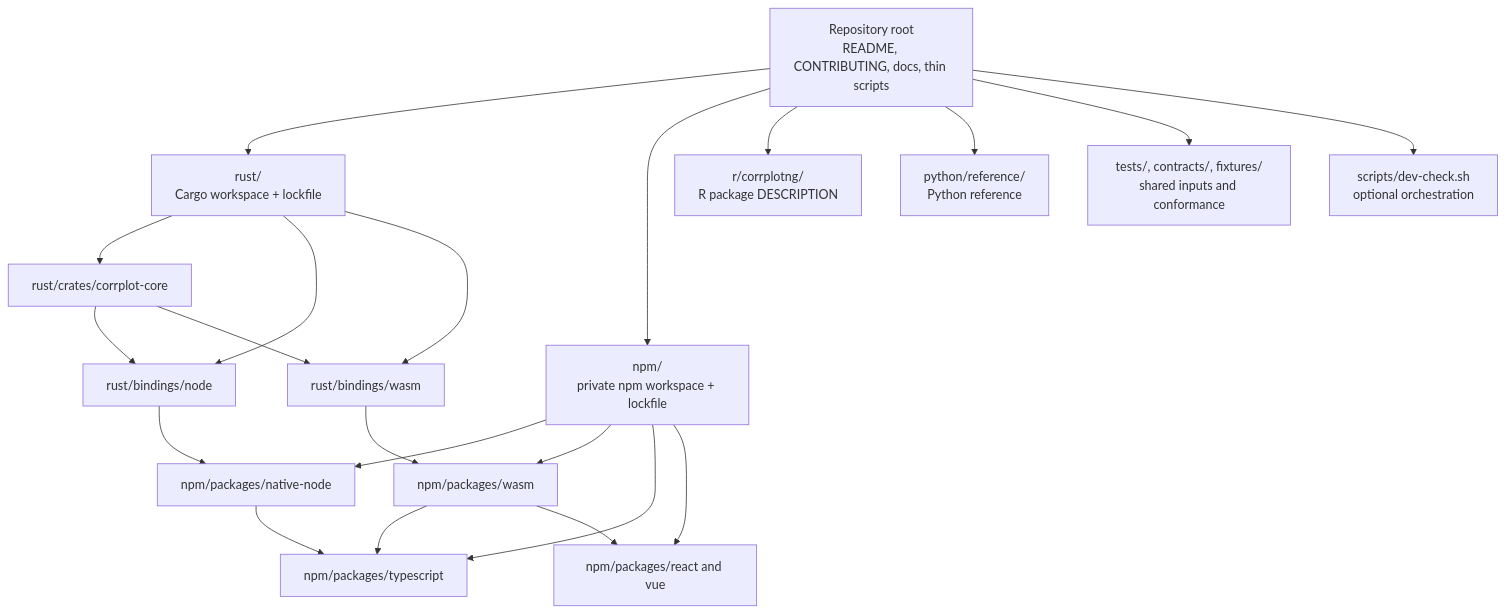
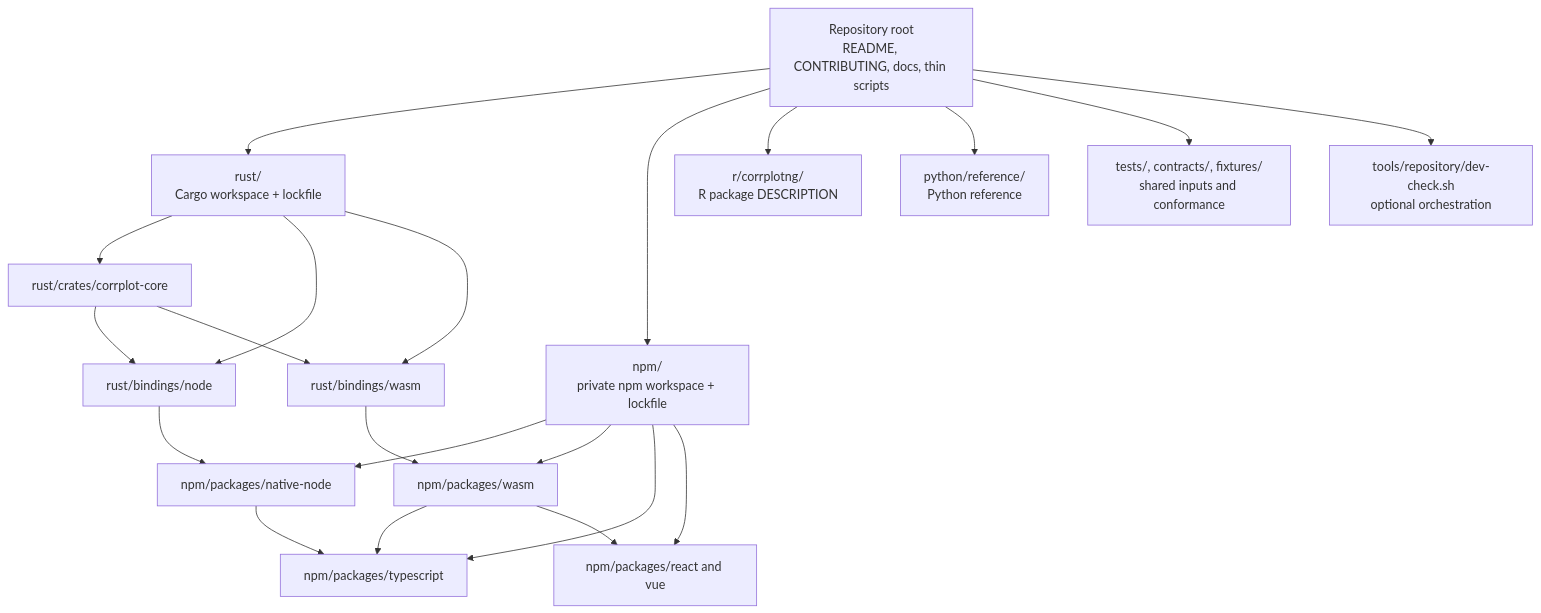
The diagram in docs/development.md (vsimko/corrplot-ng), drawn with Mermaid before and after one commit. The commit also changed other lines of this file, not shown here.

Commit message:
refactor: update repository tool ownership paths

````diff
--- a/docs/development.md
+++ b/docs/development.md
@@ -39,24 +39,24 @@
 ```mermaid
 flowchart TB
     ROOT["Repository root\nREADME, CONTRIBUTING, docs, thin scripts"]
     ROOT --> RUST["rust/\nCargo workspace + lockfile"]
     ROOT --> NPM["npm/\nprivate npm workspace + lockfile"]
     ROOT --> RPKG["r/corrplotng/\nR package DESCRIPTION"]
     ROOT --> PY["python/reference/\nPython reference"]
     ROOT --> TESTS["tests/, contracts/, fixtures/\nshared inputs and conformance"]
-    ROOT --> ORCH["scripts/dev-check.sh\noptional orchestration"]
+    ROOT --> ORCH["tools/repository/dev-check.sh\noptional orchestration"]
     RUST --> CORE["rust/crates/corrplot-core"]
     RUST --> NODE_BINDING["rust/bindings/node"]
     RUST --> WASM_BINDING["rust/bindings/wasm"]
     NPM --> NATIVE_PKG["npm/packages/native-node"]
     NPM --> WASM_PKG["npm/packages/wasm"]
     NPM --> TS_PKG["npm/packages/typescript"]
     NPM --> FRAME_PKG["npm/packages/react and vue"]
     CORE --> NODE_BINDING
     CORE --> WASM_BINDING
     NODE_BINDING --> NATIVE_PKG
     WASM_BINDING --> WASM_PKG
     NATIVE_PKG --> TS_PKG
     WASM_PKG --> TS_PKG
     WASM_PKG --> FRAME_PKG
 ```
````
